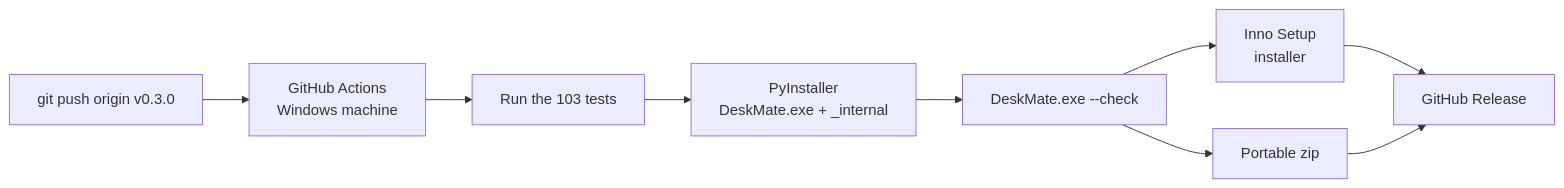
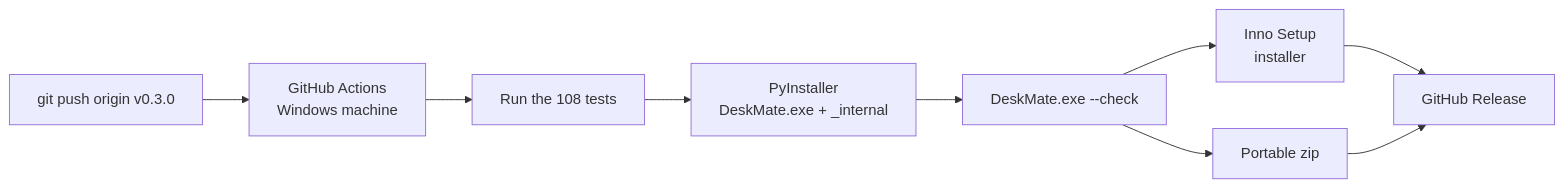
Before and after one commit to MuizKmz/deskmate: the second of 2 diagrams in TUTORIAL.md, drawn with Mermaid. The commit also changed other lines of this file and 7 other files, not shown here.

````diff
--- a/TUTORIAL.md
+++ b/TUTORIAL.md
@@ -411,11 +411,11 @@
 ```mermaid
 flowchart LR
     T["git push origin v0.3.0"] --> GA[GitHub Actions<br/>Windows machine]
-    GA --> TS[Run the 103 tests]
+    GA --> TS[Run the 108 tests]
     TS --> PI["PyInstaller<br/>DeskMate.exe + _internal"]
     PI --> CK["DeskMate.exe --check"]
     CK --> IS[Inno Setup<br/>installer]
     CK --> ZIP[Portable zip]
     IS --> R[GitHub Release]
     ZIP --> R
 ```
````
